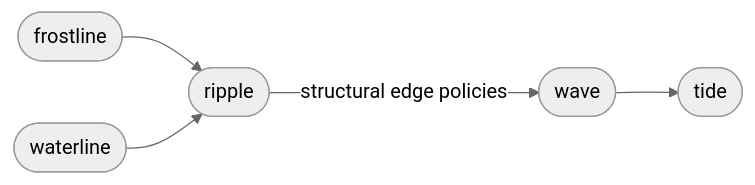
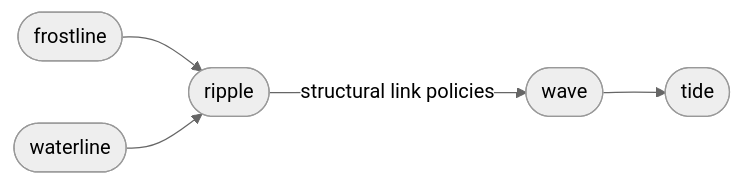
Before and after one commit to Gorgeous-Patrick/sirno: the diagram in sirno-lake/tide.md, drawn with Mermaid (neutral theme). The commit also changed other lines of this file and 62 other files, not shown here.

````diff
--- a/sirno-lake/tide.md
+++ b/sirno-lake/tide.md
@@ -21,12 +21,12 @@
 ```mermaid
 flowchart LR
     frostline([frostline])
     waterline([waterline])
     ripple([ripple])
     wave([wave])
     tide([tide])
     frostline --> ripple
     waterline --> ripple
-    ripple -->|structural edge policies| wave
+    ripple -->|structural link policies| wave
     wave --> tide
 ```
````
